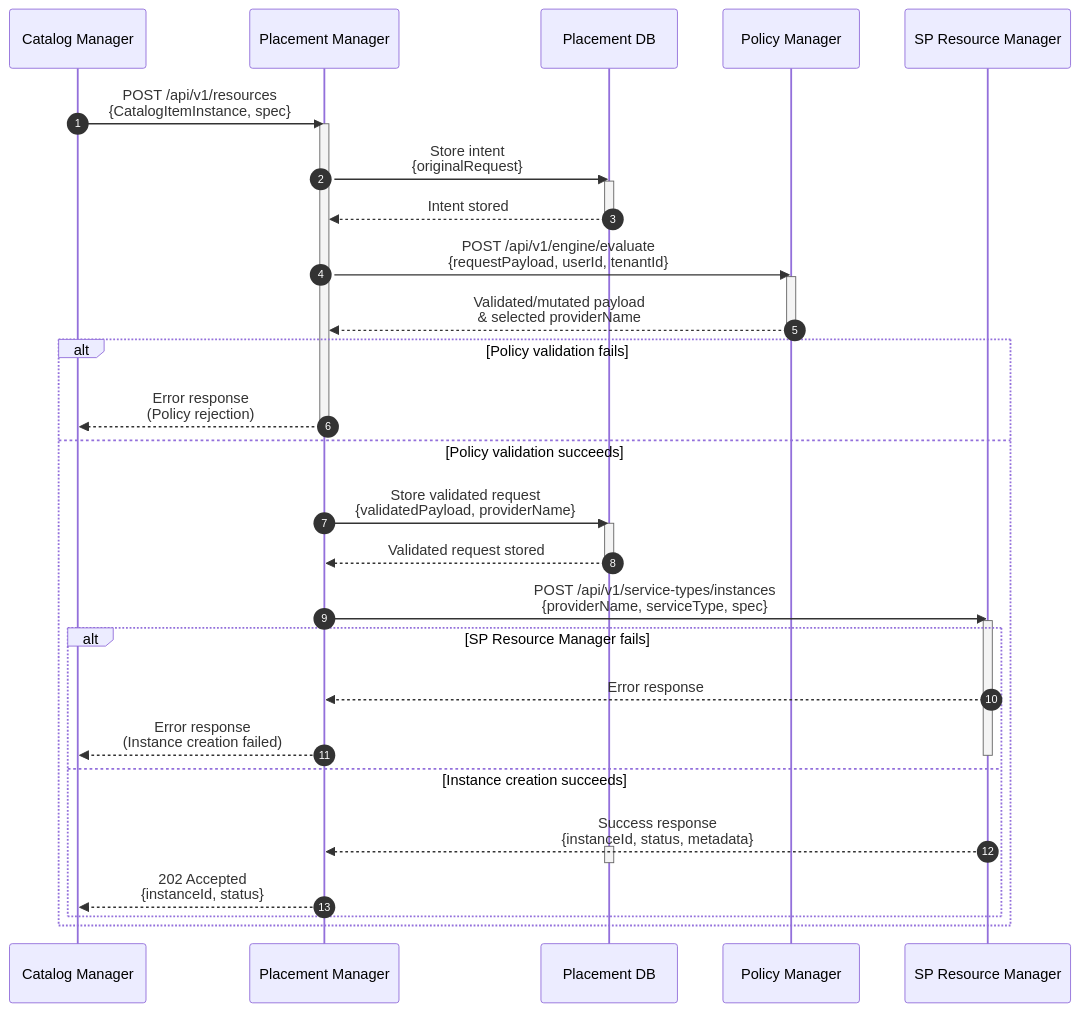
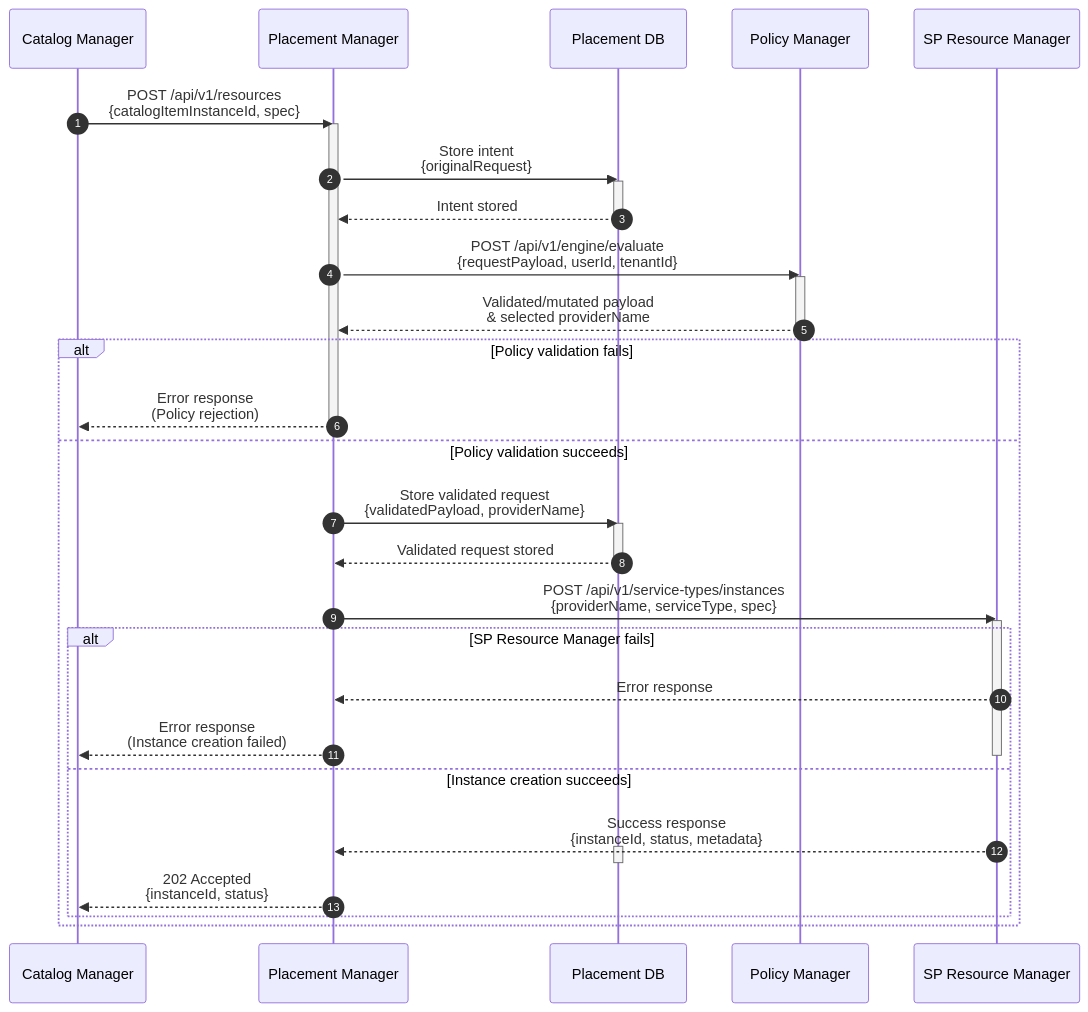
One commit to dcm-project/enhancements changed the second of 2 diagrams in enhancements/placement-manager/placement-manager.md. Above: the diagram before and after it, drawn with Mermaid. The commit also changed other lines of this file, not shown here.

Commit message:
fix(enhancements placement-manager docs): According to FLPATH-3872 - require aligning field names in the placement-manager enhancement document with the placement-manager OpenAPI spec.

````diff
--- a/enhancements/placement-manager/placement-manager.md
+++ b/enhancements/placement-manager/placement-manager.md
@@ -241,51 +242,51 @@
 ```mermaid
 sequenceDiagram
     autonumber
     participant CM as Catalog Manager
     participant PM as Placement Manager
     participant DB as Placement DB
     participant PE as Policy Manager
     participant SPRM as SP Resource Manager
 
-    CM->>PM: POST /api/v1/resources<br/>{CatalogItemInstance, spec}
+    CM->>PM: POST /api/v1/resources<br/>{catalogItemInstanceId, spec}
     activate PM
 
     PM->>DB: Store intent<br/>{originalRequest}
     activate DB
     DB-->>PM: Intent stored
     deactivate DB
 
     PM->>PE: POST /api/v1/engine/evaluate<br/>{requestPayload, userId, tenantId}
     activate PE
 
     PE-->>PM: Validated/mutated payload<br/>& selected providerName
     deactivate PE
 
     alt Policy validation fails
         PM-->>CM: Error response<br/>(Policy rejection)
         deactivate PM
     else Policy validation succeeds
 
         PM->>DB: Store validated request<br/>{validatedPayload, providerName}
         activate DB
         DB-->>PM: Validated request stored
         deactivate DB
 
         PM->>SPRM: POST /api/v1/service-types/instances<br/>{providerName, serviceType, spec}
         activate SPRM
 
         alt SP Resource Manager fails
             SPRM-->>PM: Error response
             PM-->>CM: Error response<br/>(Instance creation failed)
             deactivate SPRM
 
         else Instance creation succeeds
             SPRM-->>PM: Success response<br/>{instanceId, status, metadata}
             activate DB
             deactivate DB
 
             PM-->>CM: 202 Accepted<br/>{instanceId, status}
 
         end
     end
 ```
````
